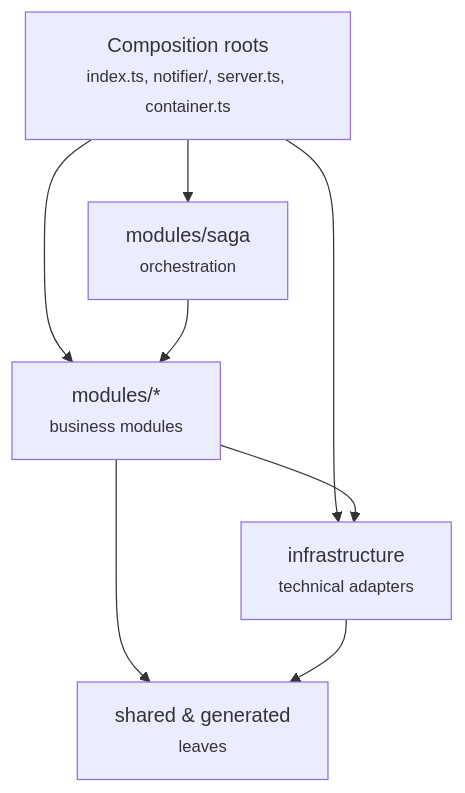
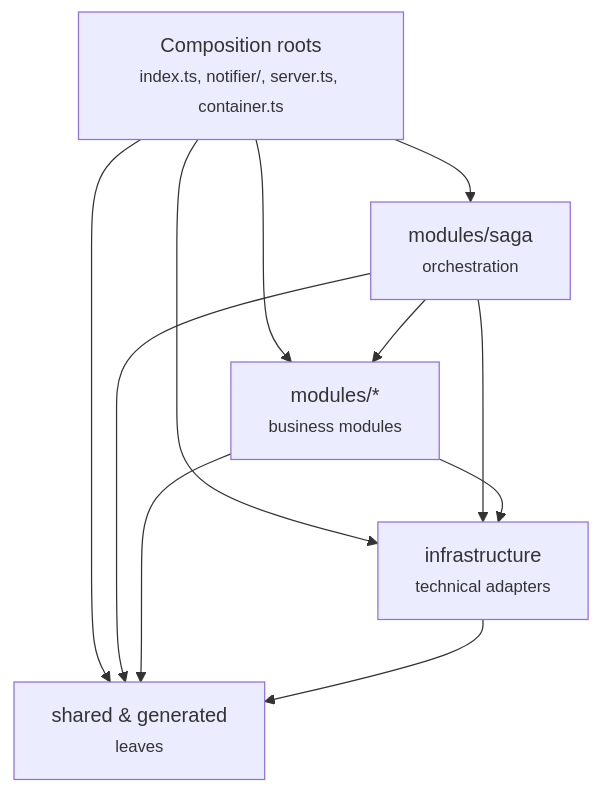
The first of 2 diagrams in docs/architecture.md (GenesisEducationKyiv/software-engineering-school-6-0-Crosshell), drawn with Mermaid before and after one commit. The commit also changed other lines of this file, not shown here.

Commit message:
docs(hw10): update architecture diagram with new dependencies and clarify saga rules

````diff
--- a/docs/architecture.md
+++ b/docs/architecture.md
@@ -55,16 +55,19 @@
 ```mermaid
 flowchart TD
     Comp["Composition roots<br/><small>index.ts, notifier/, server.ts, container.ts</small>"]
     Saga["modules/saga<br/><small>orchestration</small>"]
     Modules["modules/*<br/><small>business modules</small>"]
     Infra["infrastructure<br/><small>technical adapters</small>"]
     Leaves["shared & generated<br/><small>leaves</small>"]
 
     Comp --> Saga
     Comp --> Modules
     Comp --> Infra
+    Comp --> Leaves
     Saga --> Modules
+    Saga --> Infra
+    Saga --> Leaves
     Modules --> Infra
     Modules --> Leaves
     Infra --> Leaves
 ```
````
